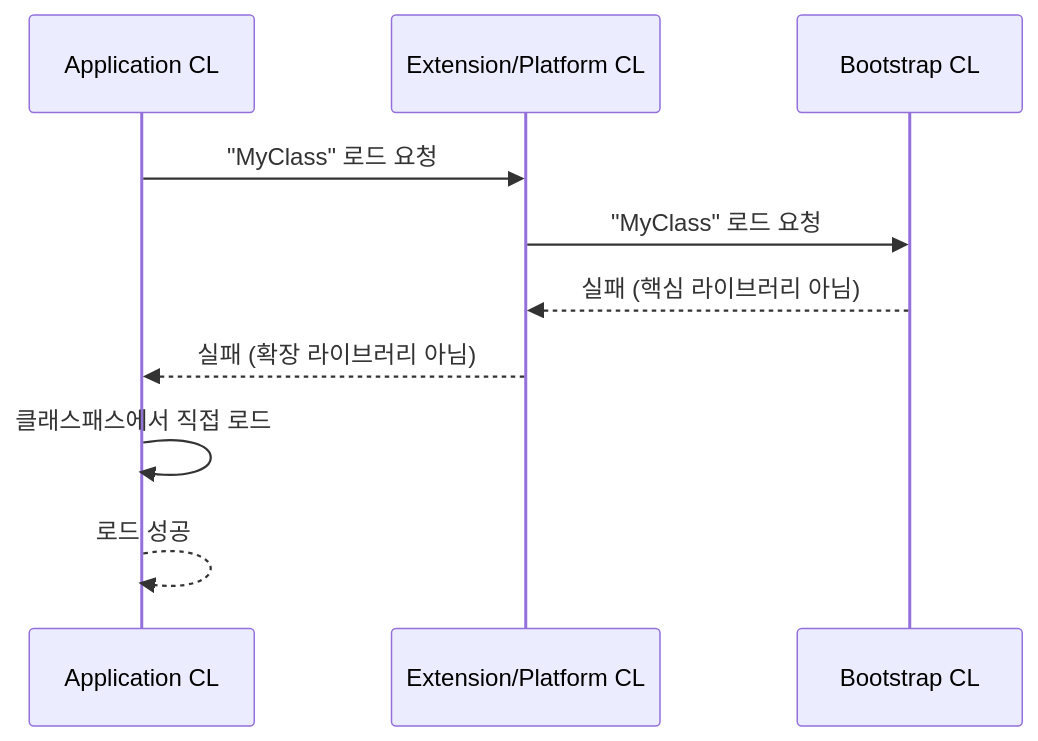
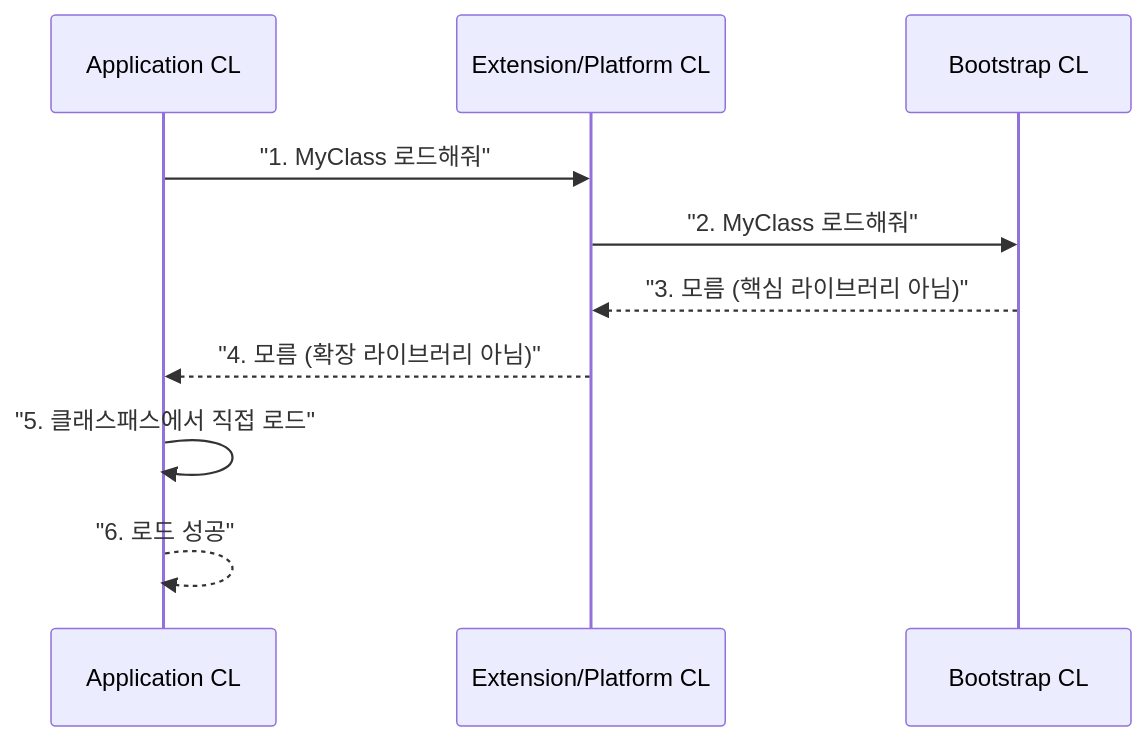
One commit to yjkim2015/yjkim2015.github.io changed the second of 7 diagrams in _posts/java/2026-05-02-jvm-architecture.md. Above: the diagram before and after it, drawn with Mermaid. The commit also changed other lines of this file and 92 other files, not shown here.

First line of the commit message:
Major quality rewrite: 98 files, Mermaid fix, extreme-scenario component

````diff
--- a/_posts/java/2026-05-02-jvm-architecture.md
+++ b/_posts/java/2026-05-02-jvm-architecture.md
@@ -193,13 +222,13 @@
 ```mermaid
 sequenceDiagram
     participant App as Application CL
     participant Ext as Extension/Platform CL
     participant Boot as Bootstrap CL
 
-    App->>Ext: "MyClass" 로드 요청
-    Ext->>Boot: "MyClass" 로드 요청
-    Boot-->>Ext: 실패 (핵심 라이브러리 아님)
-    Ext-->>App: 실패 (확장 라이브러리 아님)
-    App->>App: 클래스패스에서 직접 로드
-    App-->>App: 로드 성공
+    App->>Ext: "1. MyClass 로드해줘"
+    Ext->>Boot: "2. MyClass 로드해줘"
+    Boot-->>Ext: "3. 모름 (핵심 라이브러리 아님)"
+    Ext-->>App: "4. 모름 (확장 라이브러리 아님)"
+    App->>App: "5. 클래스패스에서 직접 로드"
+    App-->>App: "6. 로드 성공"
 ```
````
